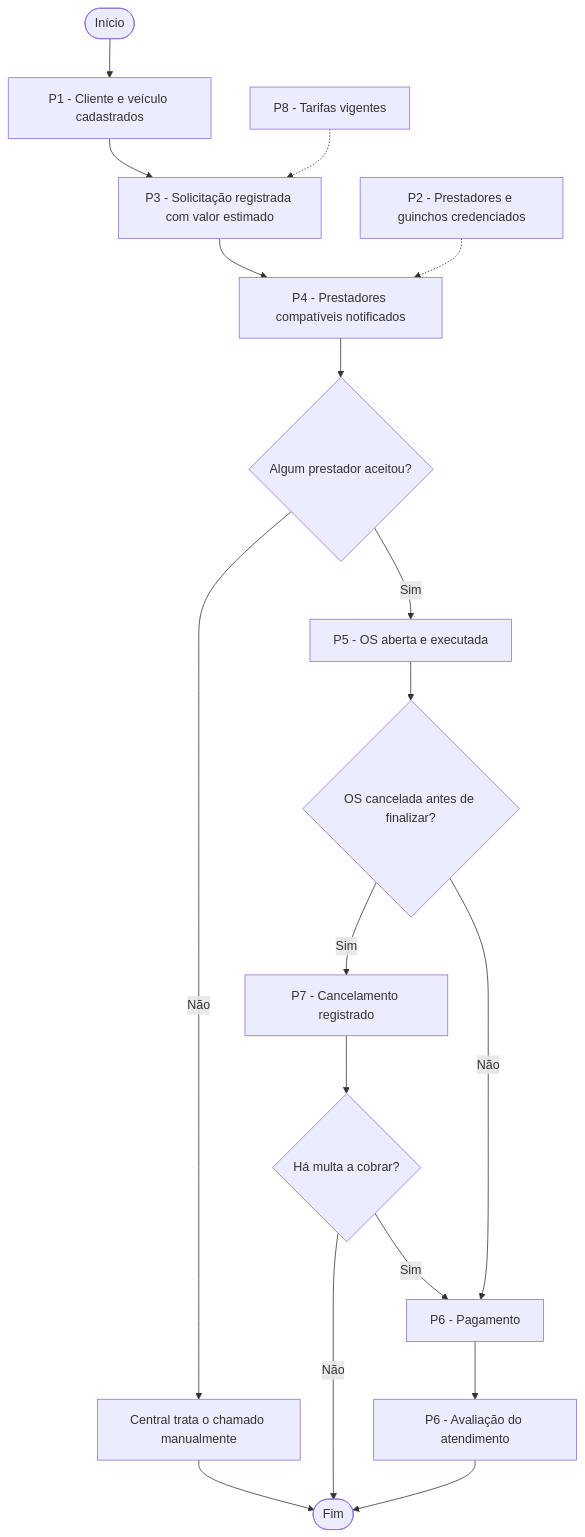
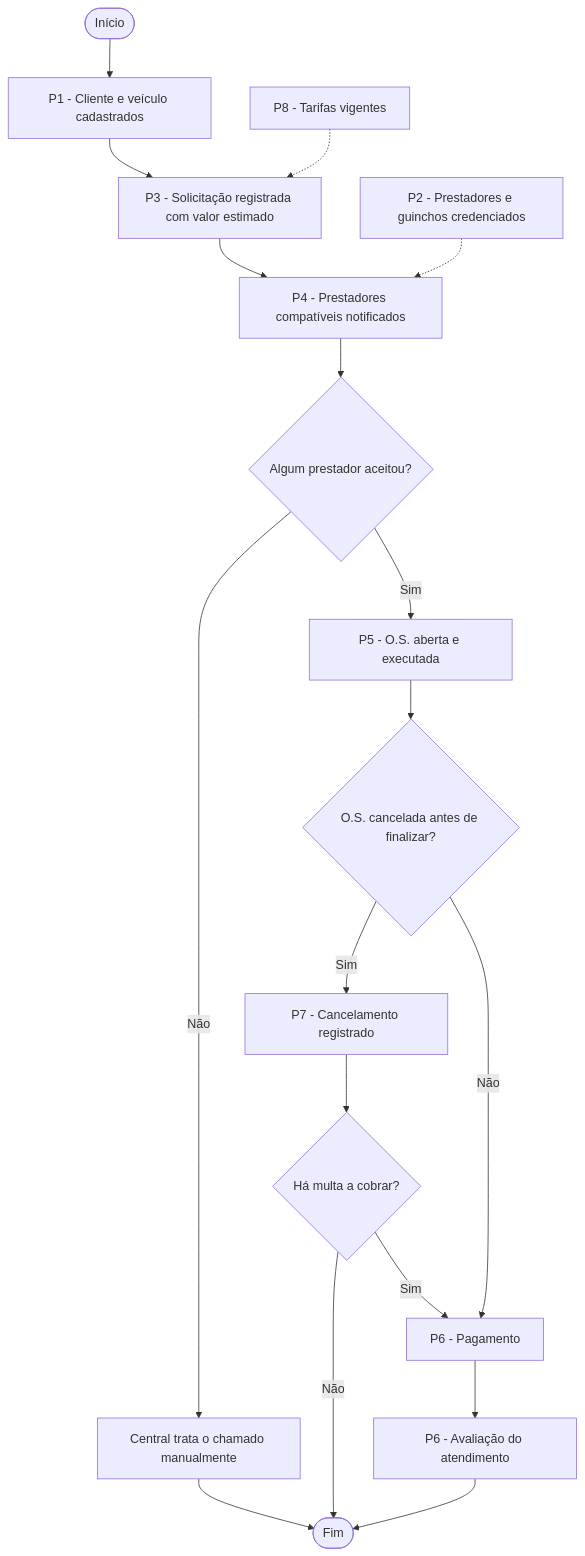
One commit to felipedias1105-bot/feliguinchos changed the diagram in README.md. Above: the diagram before and after it, drawn with Mermaid. The commit also changed other lines of this file and 10 other files, not shown here.

````diff
--- a/README.md
+++ b/README.md
@@ -244,20 +113,20 @@
 ```mermaid
 flowchart TD
     A(["Início"]) --> B["P1 - Cliente e veículo cadastrados"]
     B --> C["P3 - Solicitação registrada com valor estimado"]
     C --> D["P4 - Prestadores compatíveis notificados"]
     D --> E{"Algum prestador aceitou?"}
     E -->|Não| F["Central trata o chamado manualmente"]
     F --> Z(["Fim"])
-    E -->|Sim| G["P5 - OS aberta e executada"]
-    G --> H{"OS cancelada antes de finalizar?"}
+    E -->|Sim| G["P5 - O.S. aberta e executada"]
+    G --> H{"O.S. cancelada antes de finalizar?"}
     H -->|Sim| I["P7 - Cancelamento registrado"]
     I --> J{"Há multa a cobrar?"}
     J -->|Não| Z
     J -->|Sim| K["P6 - Pagamento"]
     H -->|Não| K
     K --> L["P6 - Avaliação do atendimento"]
     L --> Z
     M["P2 - Prestadores e guinchos credenciados"] -.-> D
     N["P8 - Tarifas vigentes"] -.-> C
 ```
````
